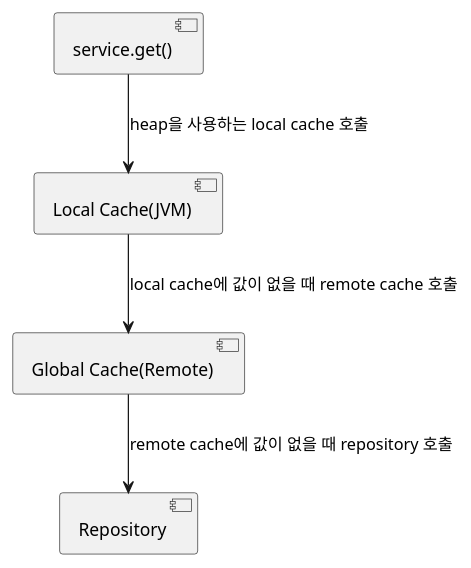
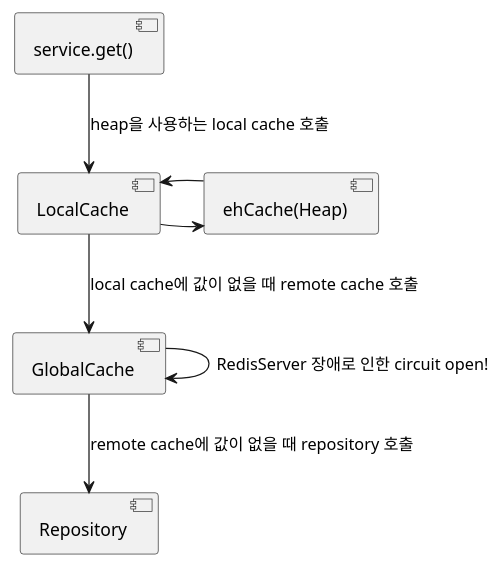
One commit to supawer0728/supawer0728.github.io changed the third of 3 diagrams in source/_posts/spring-cache-fallback.md. Above: the diagram before and after it, drawn with PlantUML. The commit also changed other lines of this file, not shown here.

```diff
--- a/source/_posts/spring-cache-fallback.md
+++ b/source/_posts/spring-cache-fallback.md
@@ -220,5 +452,8 @@
 {% plantuml %}
-[service.get()] --> [Local Cache(JVM)] : heap을 사용하는 local cache 호출
-[Local Cache(JVM)] --> [Global Cache(Remote)] : local cache에 값이 없을 때 remote cache 호출
-[Global Cache(Remote)] --> [Repository] : remote cache에 값이 없을 때 repository 호출
+[service.get()] --> [LocalCache] : heap을 사용하는 local cache 호출
+[LocalCache] -> [ehCache(Heap)]
+[ehCache(Heap)] -> [LocalCache]
+[LocalCache] --> [GlobalCache] : local cache에 값이 없을 때 remote cache 호출
+[GlobalCache] -down-> [GlobalCache] : RedisServer 장애로 인한 circuit open!
+[GlobalCache] --> [Repository] : remote cache에 값이 없을 때 repository 호출
 {% endplantuml %}
```
